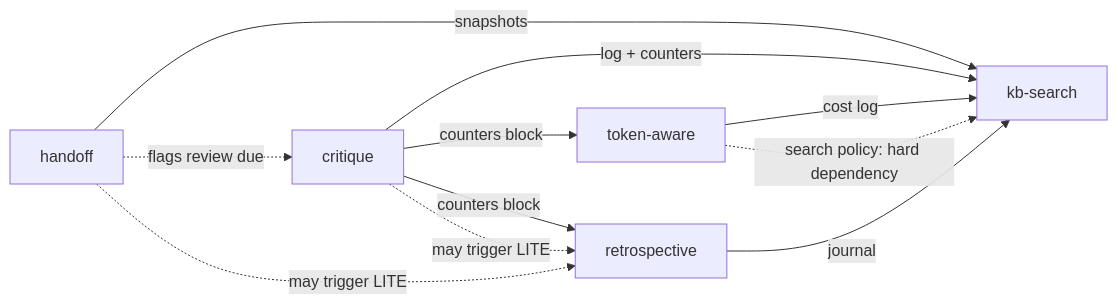
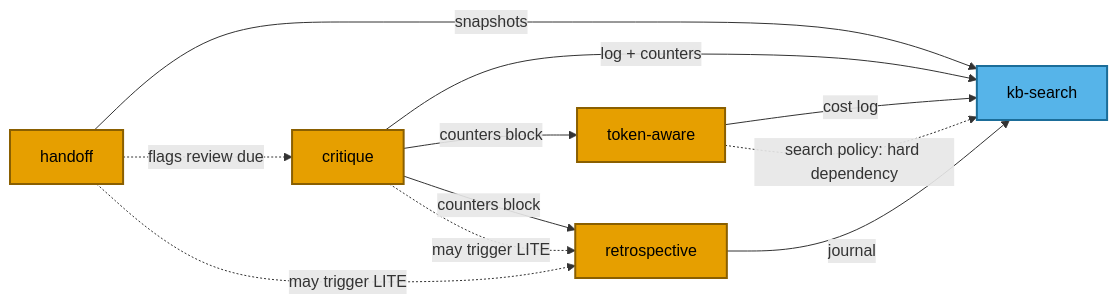
One commit to AdiMendelowitz/instrumented_skills changed the diagram in README.md. Above: the diagram before and after it, drawn with Mermaid. The commit also changed other lines of this file and 5 other files, not shown here.

````diff
--- a/README.md
+++ b/README.md
@@ -94,15 +94,20 @@
 ```mermaid
 flowchart LR
     critique -->|log + counters| kb[kb-search]
     retrospective -->|journal| kb
     handoff -->|snapshots| kb
     token[token-aware] -->|cost log| kb
 
     critique -->|counters block| token
     critique -->|counters block| retrospective
 
     token -.->|search policy: hard dependency| kb
     handoff -.->|flags review due| critique
     critique -.->|may trigger LITE| retrospective
     handoff -.->|may trigger LITE| retrospective
+
+    classDef writer fill:#E69F00,stroke:#8a5f00,stroke-width:2px,color:#000
+    classDef hub fill:#56B4E9,stroke:#1b6d99,stroke-width:2px,color:#000
+    class critique,retrospective,handoff,token writer
+    class kb hub
 ```
````
